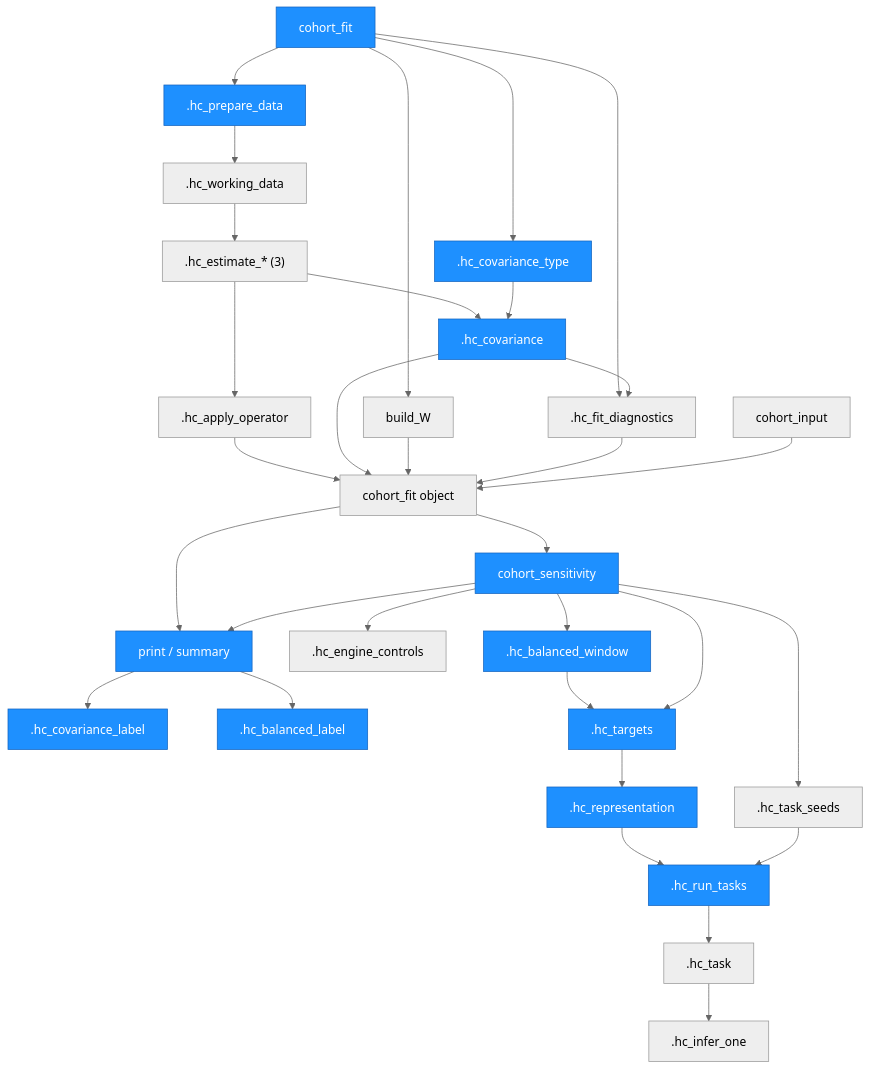
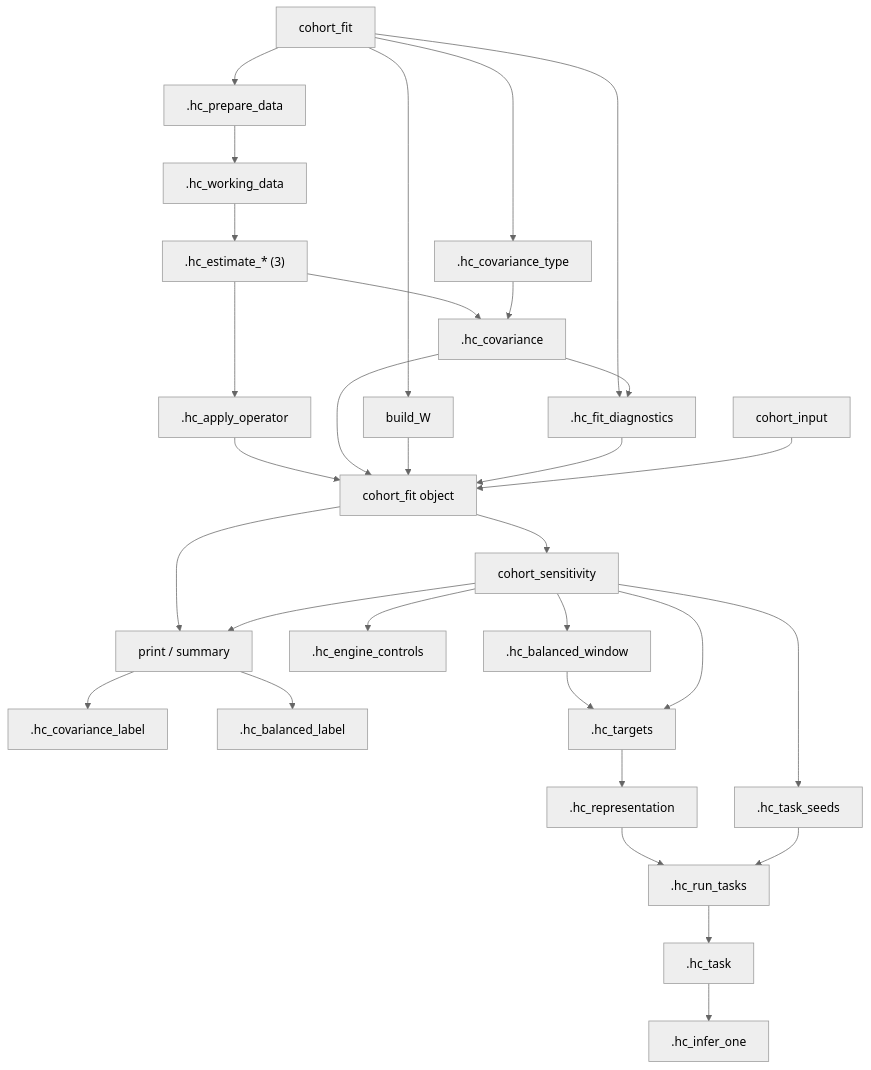
The second of 8 diagrams in Architecture.md (lzy318/CohortHonestDiD), drawn with Mermaid before and after one commit. The commit also changed other lines of this file and 7 other files, not shown here.

````diff
--- a/Architecture.md
+++ b/Architecture.md
@@ -226,46 +204,34 @@
 ```mermaid
 %%{init: {'theme': 'neutral'}}%%
 graph TD
     Fit["cohort_fit"] --> Type[".hc_covariance_type"]
     Fit --> Prepare[".hc_prepare_data"]
     Prepare --> Work[".hc_working_data"]
     Work --> Est[".hc_estimate_* (3)"]
     Est --> Apply[".hc_apply_operator"]
     Est --> Cov[".hc_covariance"]
     Type --> Cov
     Fit --> Map["build_W"]
     Fit --> Diag[".hc_fit_diagnostics"]
     Cov --> Diag
     Apply --> Object["cohort_fit object"]
     Cov --> Object
     Map --> Object
     Diag --> Object
     External["cohort_input"] --> Object
     Object --> Sens["cohort_sensitivity"]
     Object --> Methods["print / summary"]
     Sens --> Methods
     Methods --> Label[".hc_covariance_label"]
     Methods --> BLabel[".hc_balanced_label"]
     Sens --> Controls[".hc_engine_controls"]
     Sens --> Window[".hc_balanced_window"]
     Window --> Targets[".hc_targets"]
     Sens --> Targets
     Targets --> Rep[".hc_representation"]
     Sens --> Seeds[".hc_task_seeds"]
     Rep --> Run[".hc_run_tasks"]
     Seeds --> Run
     Run --> Task[".hc_task"]
     Task --> One[".hc_infer_one"]
-    style Fit fill:#1e90ff,stroke:#1565c0,color:#fff
-    style Type fill:#1e90ff,stroke:#1565c0,color:#fff
-    style Prepare fill:#1e90ff,stroke:#1565c0,color:#fff
-    style Cov fill:#1e90ff,stroke:#1565c0,color:#fff
-    style Sens fill:#1e90ff,stroke:#1565c0,color:#fff
-    style Methods fill:#1e90ff,stroke:#1565c0,color:#fff
-    style Label fill:#1e90ff,stroke:#1565c0,color:#fff
-    style BLabel fill:#1e90ff,stroke:#1565c0,color:#fff
-    style Window fill:#1e90ff,stroke:#1565c0,color:#fff
-    style Targets fill:#1e90ff,stroke:#1565c0,color:#fff
-    style Rep fill:#1e90ff,stroke:#1565c0,color:#fff
-    style Run fill:#1e90ff,stroke:#1565c0,color:#fff
 ```
````
